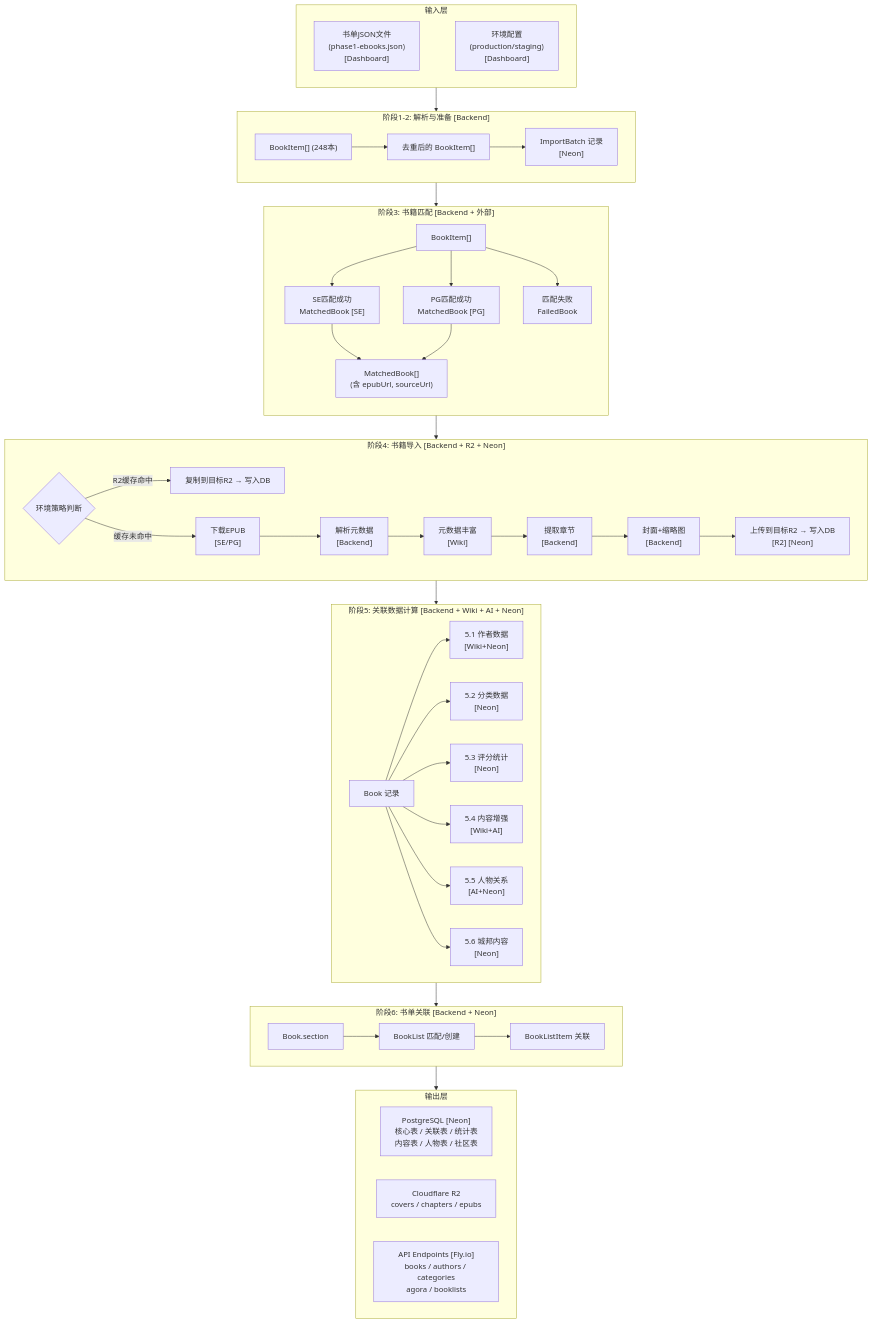
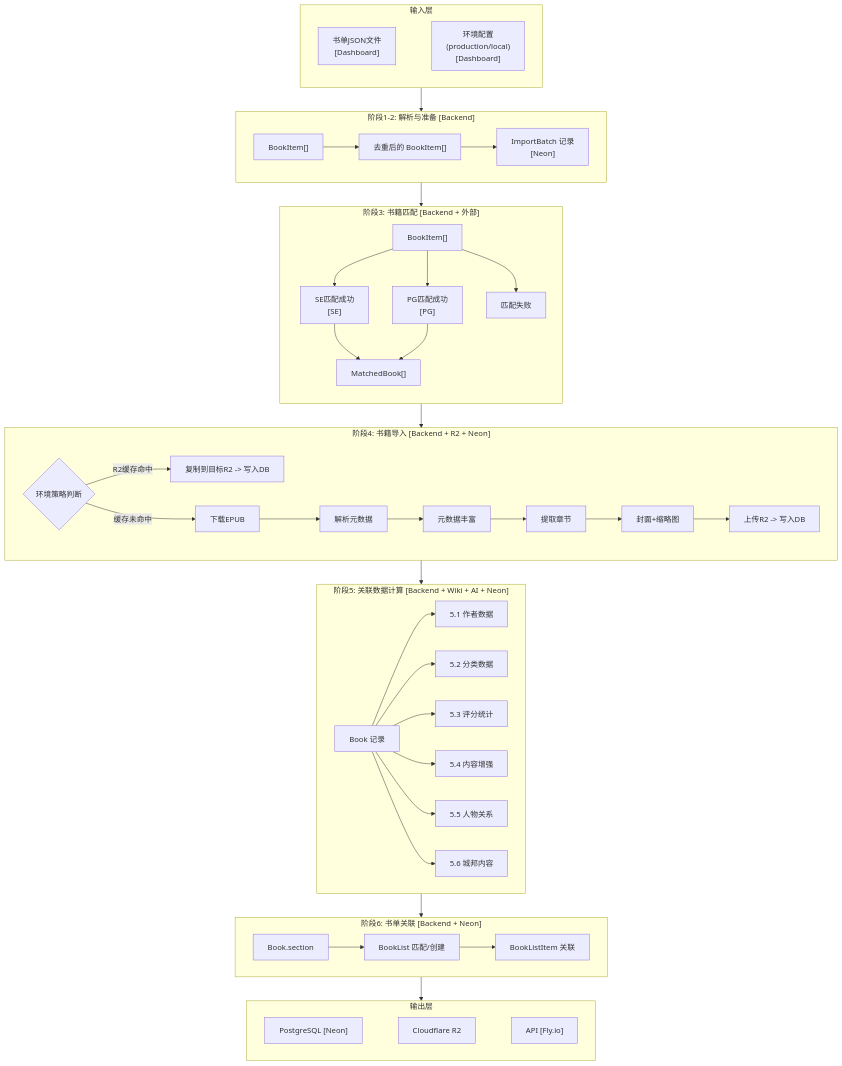
One commit to readmigo/docs changed the second of 4 diagrams in 10-pipeline/automation/environment-pipeline-design.md. Above: the diagram before and after it, drawn with Mermaid. The commit also changed other lines of this file and 27 other files, not shown here.

First line of the commit message:
audit: remove code snippets, update to 2-env architecture across operations and pipeline docs

````diff
--- a/10-pipeline/automation/environment-pipeline-design.md
+++ b/10-pipeline/automation/environment-pipeline-design.md
@@ -88,61 +88,59 @@
 ```mermaid
 flowchart TD
     subgraph input["输入层"]
         direction LR
-        JSON["书单JSON文件<br>(phase1-ebooks.json)<br>[Dashboard]"] ~~~ ENV["环境配置<br>(production/staging)<br>[Dashboard]"]
+        JSON["书单JSON文件<br>[Dashboard]"] ~~~ ENV["环境配置<br>(production/local)<br>[Dashboard]"]
     end
 
     input --> P12
 
     subgraph P12["阶段1-2: 解析与准备 [Backend]"]
         direction LR
-        BI["BookItem[] (248本)"] --> DEDUP["去重后的 BookItem[]"] --> BATCH["ImportBatch 记录<br>[Neon]"]
+        BI["BookItem[]"] --> DEDUP["去重后的 BookItem[]"] --> BATCH["ImportBatch 记录<br>[Neon]"]
     end
 
     P12 --> P3
 
     subgraph P3["阶段3: 书籍匹配 [Backend + 外部]"]
         direction TB
-        ITEMS["BookItem[]"] --> SE["SE匹配成功<br>MatchedBook [SE]"]
-        ITEMS --> PG["PG匹配成功<br>MatchedBook [PG]"]
-        ITEMS --> FAIL["匹配失败<br>FailedBook"]
-        SE --> MATCHED["MatchedBook[]<br>(含 epubUrl, sourceUrl)"]
-        PG --> MATCHED
+        ITEMS["BookItem[]"] --> SE["SE匹配成功<br>[SE]"]
+        ITEMS --> PG2["PG匹配成功<br>[PG]"]
+        ITEMS --> FAIL["匹配失败"]
+        SE --> MATCHED["MatchedBook[]"]
+        PG2 --> MATCHED
     end
 
     P3 --> P4
 
     subgraph P4["阶段4: 书籍导入 [Backend + R2 + Neon]"]
         STRATEGY{"环境策略判断"}
-        STRATEGY -->|"R2缓存命中"| COPY["复制到目标R2 → 写入DB"]
-        STRATEGY -->|"缓存未命中"| DL["下载EPUB<br>[SE/PG]"] --> PARSE["解析元数据<br>[Backend]"] --> ENRICH["元数据丰富<br>[Wiki]"] --> CHAP["提取章节<br>[Backend]"] --> COVER["封面+缩略图<br>[Backend]"]
-        COVER --> UPLOAD["上传到目标R2 → 写入DB<br>[R2] [Neon]"]
+        STRATEGY -->|"R2缓存命中"| COPY["复制到目标R2 -> 写入DB"]
+        STRATEGY -->|"缓存未命中"| DL["下载EPUB"] --> PARSE["解析元数据"] --> ENRICH["元数据丰富"] --> CHAP["提取章节"] --> COVER["封面+缩略图"]
+        COVER --> UPLOAD["上传R2 -> 写入DB"]
     end
 
     P4 --> P5
 
     subgraph P5["阶段5: 关联数据计算 [Backend + Wiki + AI + Neon]"]
-        BOOK["Book 记录"] --> A51["5.1 作者数据<br>[Wiki+Neon]"]
-        BOOK --> A52["5.2 分类数据<br>[Neon]"]
-        BOOK --> A53["5.3 评分统计<br>[Neon]"]
-        BOOK --> A54["5.4 内容增强<br>[Wiki+AI]"]
-        BOOK --> A55["5.5 人物关系<br>[AI+Neon]"]
-        BOOK --> A56["5.6 城邦内容<br>[Neon]"]
+        BOOK["Book 记录"] --> A51["5.1 作者数据"]
+        BOOK --> A52["5.2 分类数据"]
+        BOOK --> A53["5.3 评分统计"]
+        BOOK --> A54["5.4 内容增强"]
+        BOOK --> A55["5.5 人物关系"]
+        BOOK --> A56["5.6 城邦内容"]
     end
 
     P5 --> P6
 
     subgraph P6["阶段6: 书单关联 [Backend + Neon]"]
         direction LR
         SEC["Book.section"] --> BL["BookList 匹配/创建"] --> BLI["BookListItem 关联"]
     end
 
     P6 --> output
 
     subgraph output["输出层"]
         direction LR
-        NEON["PostgreSQL [Neon]<br>核心表 / 关联表 / 统计表<br>内容表 / 人物表 / 社区表"]
-        R2["Cloudflare R2<br>covers / chapters / epubs"]
-        API["API Endpoints [Fly.io]<br>books / authors / categories<br>agora / booklists"]
+        NEON["PostgreSQL [Neon]"] ~~~ R2["Cloudflare R2"] ~~~ API["API [Fly.io]"]
     end
 ```
````
